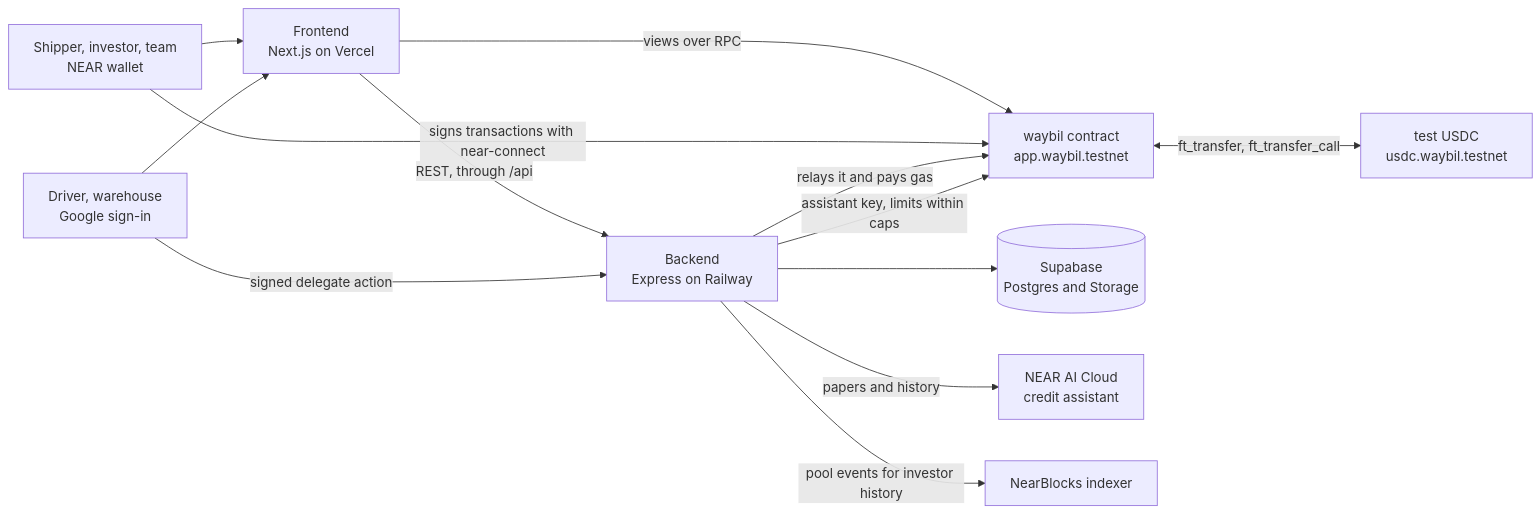
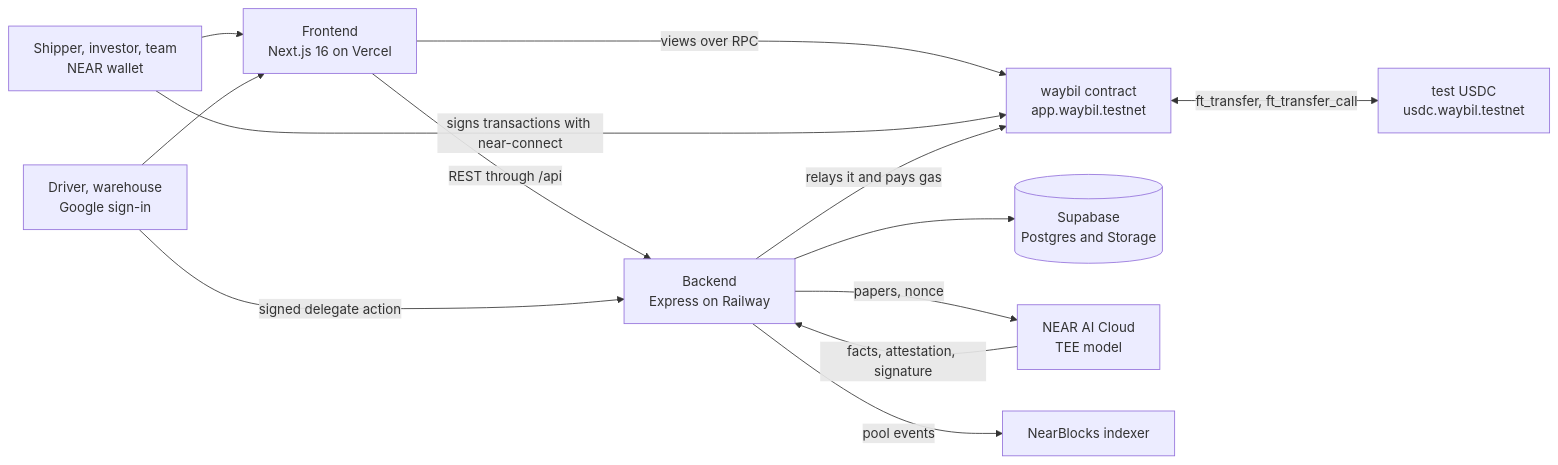
One commit to AncungAulia/waybil-near changed the first of 2 diagrams in README.md. Above: the diagram before and after it, drawn with Mermaid. The commit also changed other lines of this file and 5 other files, not shown here.

````diff
--- a/README.md
+++ b/README.md
@@ -254,15 +191,15 @@
 ```mermaid
 flowchart LR
   W[Shipper, investor, team<br/>NEAR wallet] --> FE
   G[Driver, warehouse<br/>Google sign-in] --> FE
-  FE[Frontend<br/>Next.js on Vercel] -- "views over RPC" --> C
+  FE[Frontend<br/>Next.js 16 on Vercel] -- "views over RPC" --> C
   W -- "signs transactions with near-connect" --> C
-  FE -- "REST, through /api" --> BE[Backend<br/>Express on Railway]
+  FE -- "REST through /api" --> BE[Backend<br/>Express on Railway]
   G -- "signed delegate action" --> BE
   BE -- "relays it and pays gas" --> C[waybil contract<br/>app.waybil.testnet]
   BE --> DB[(Supabase<br/>Postgres and Storage)]
-  BE -- "papers and history" --> AI[NEAR AI Cloud<br/>credit assistant]
-  BE -- "pool events for investor history" --> NB[NearBlocks indexer]
-  BE -- "assistant key, limits within caps" --> C
+  BE -- "papers, nonce" --> AI[NEAR AI Cloud<br/>TEE model]
+  AI -- "facts, attestation, signature" --> BE
+  BE -- "pool events" --> NB[NearBlocks indexer]
   C <-- "ft_transfer, ft_transfer_call" --> T[test USDC<br/>usdc.waybil.testnet]
 ```
````
